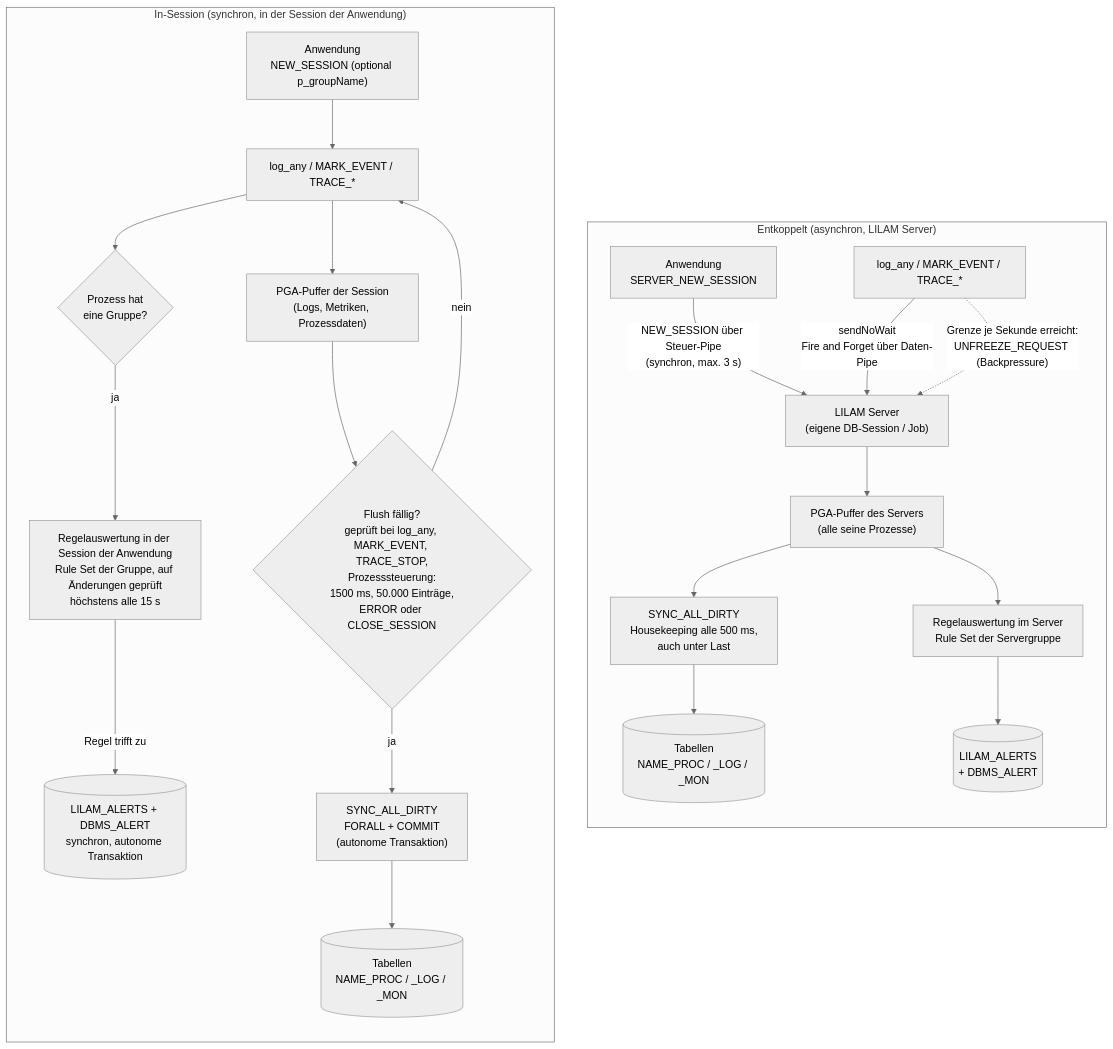
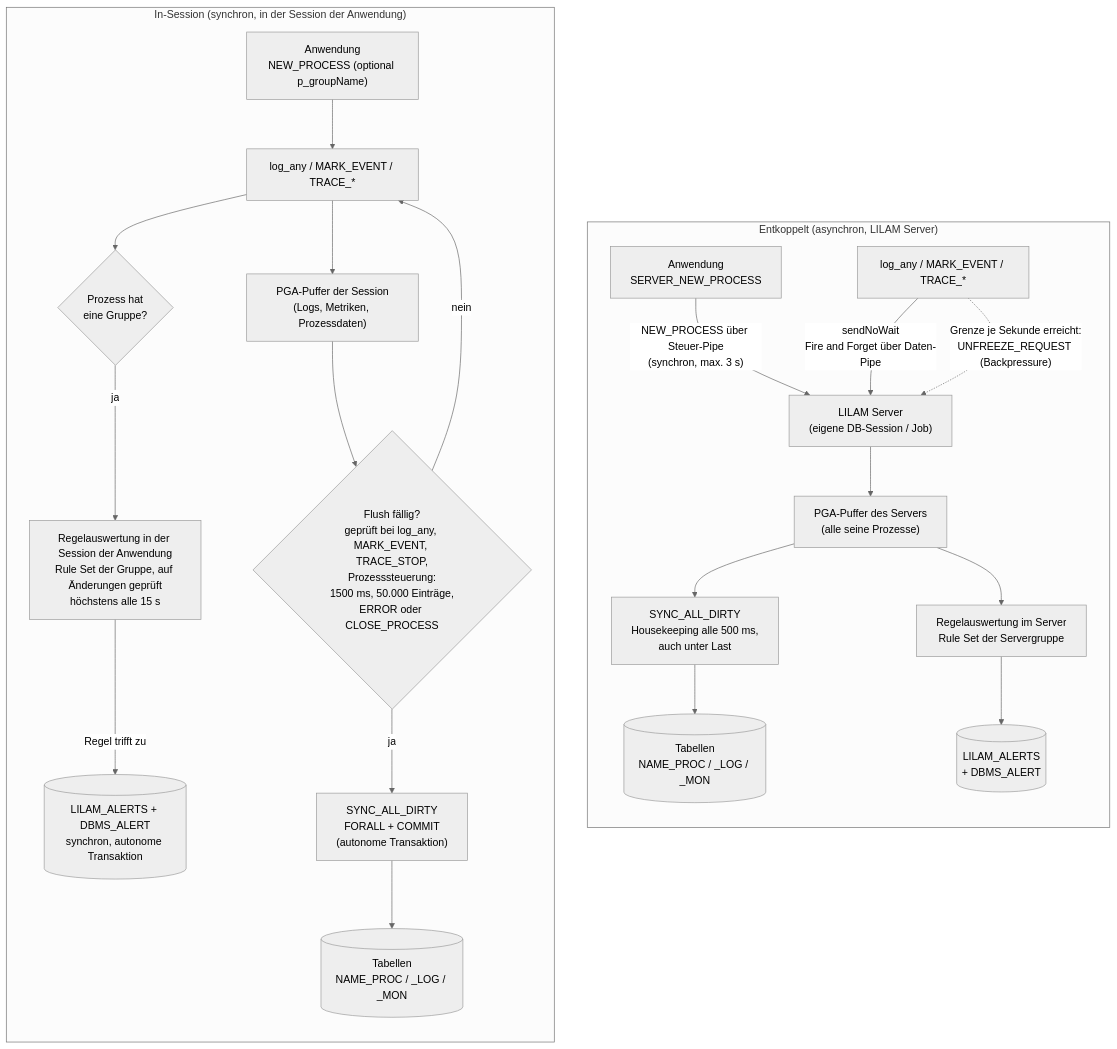
The first of 4 diagrams in docs/Architektur und Konzepte.md (dirkgermany/LILAM), drawn with Mermaid (neutral theme) before and after one commit. The commit also changed other lines of this file and 44 other files, not shown here.

First line of the commit message:
NEW_PROCESS/SERVER_NEW_PROCESS/CLOSE_PROCESS statt *_SESSION

````diff
--- a/docs/Architektur und Konzepte.md
+++ b/docs/Architektur und Konzepte.md
@@ -331,29 +343,29 @@
 ```mermaid
 flowchart LR
     subgraph INS ["In-Session (synchron, in der Session der Anwendung)"]
         direction TB
-        A1["Anwendung<br/>NEW_SESSION (optional p_groupName)"] --> B1["log_any / MARK_EVENT / TRACE_*"]
+        A1["Anwendung<br/>NEW_PROCESS (optional p_groupName)"] --> B1["log_any / MARK_EVENT / TRACE_*"]
         B1 --> C1["PGA-Puffer der Session<br/>(Logs, Metriken, Prozessdaten)"]
         B1 --> G1{"Prozess hat<br/>eine Gruppe?"}
         G1 -- ja --> R1["Regelauswertung in der Session der Anwendung<br/>Rule Set der Gruppe, auf Änderungen geprüft<br/>höchstens alle 15 s"]
         R1 -- "Regel trifft zu" --> AL1[("LILAM_ALERTS + DBMS_ALERT<br/>synchron, autonome Transaktion")]
-        C1 --> D1{"Flush fällig?<br/>geprüft bei log_any, MARK_EVENT, TRACE_STOP,<br/>Prozesssteuerung:<br/>1500 ms, 50.000 Einträge,<br/>ERROR oder CLOSE_SESSION"}
+        C1 --> D1{"Flush fällig?<br/>geprüft bei log_any, MARK_EVENT, TRACE_STOP,<br/>Prozesssteuerung:<br/>1500 ms, 50.000 Einträge,<br/>ERROR oder CLOSE_PROCESS"}
         D1 -- ja --> E1["SYNC_ALL_DIRTY<br/>FORALL + COMMIT<br/>(autonome Transaktion)"]
         D1 -- nein --> B1
         E1 --> T1[("Tabellen<br/>NAME_PROC / _LOG / _MON")]
     end
 
     subgraph DEC ["Entkoppelt (asynchron, LILAM Server)"]
         direction TB
-        A2["Anwendung<br/>SERVER_NEW_SESSION"] -- "NEW_SESSION über Steuer-Pipe<br/>(synchron, max. 3 s)" --> S2
+        A2["Anwendung<br/>SERVER_NEW_PROCESS"] -- "NEW_PROCESS über Steuer-Pipe<br/>(synchron, max. 3 s)" --> S2
         B2["log_any / MARK_EVENT / TRACE_*"] -- "sendNoWait<br/>Fire and Forget über Daten-Pipe" --> S2["LILAM Server<br/>(eigene DB-Session / Job)"]
         B2 -. "Grenze je Sekunde erreicht:<br/>UNFREEZE_REQUEST (Backpressure)" .-> S2
         S2 --> C2["PGA-Puffer des Servers<br/>(alle seine Prozesse)"]
         C2 --> R2["Regelauswertung im Server<br/>Rule Set der Servergruppe"]
         C2 --> E2["SYNC_ALL_DIRTY<br/>Housekeeping alle 500 ms,<br/>auch unter Last"]
         E2 --> T2[("Tabellen<br/>NAME_PROC / _LOG / _MON")]
         R2 --> AL[("LILAM_ALERTS<br/>+ DBMS_ALERT")]
     end
 
     INS ~~~ DEC
 ```
````
